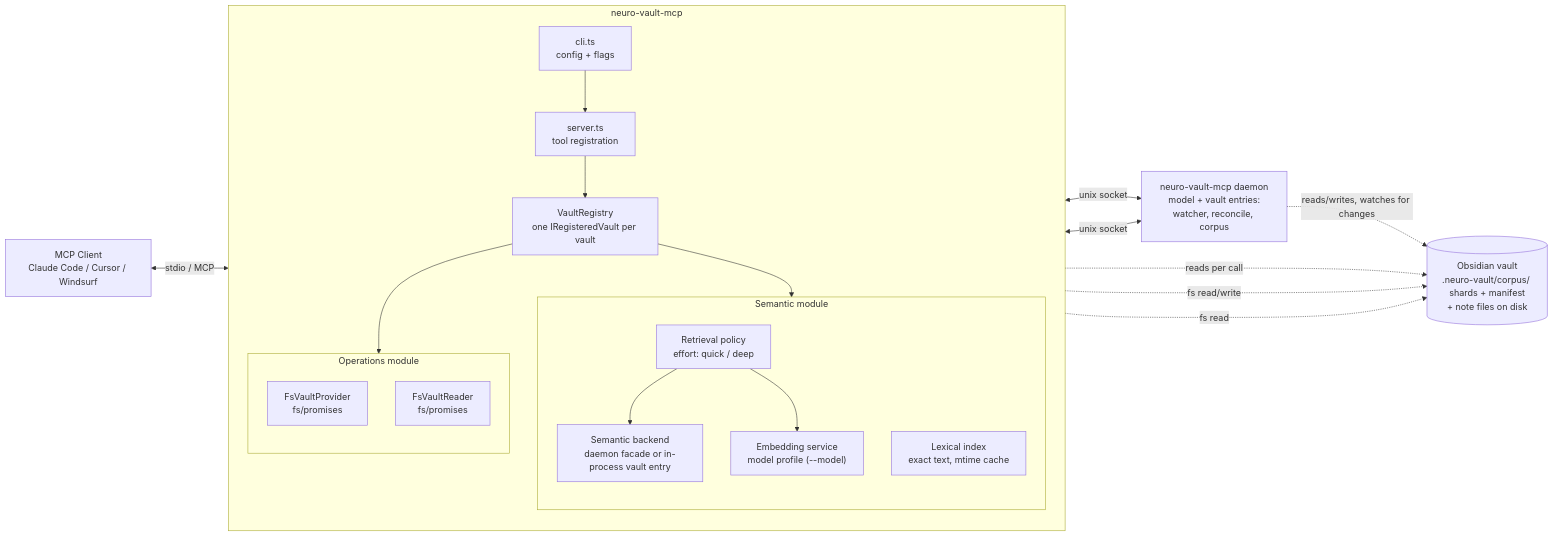
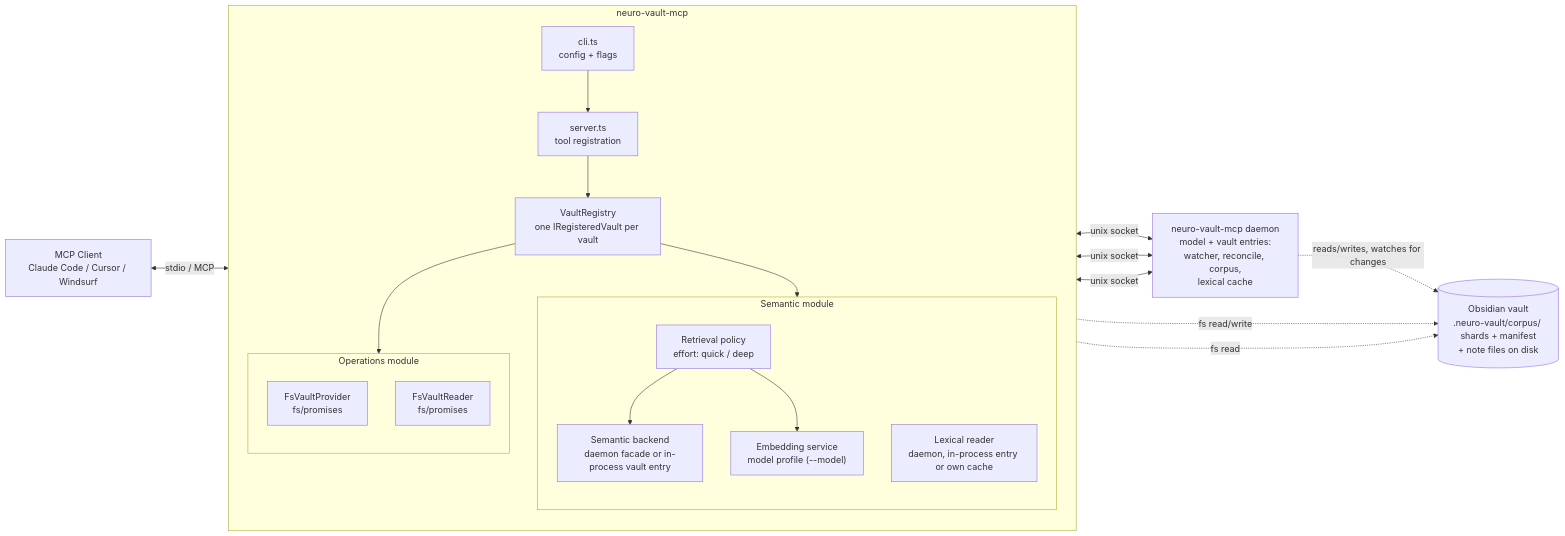
One commit to AlexMost/neuro-vault changed the diagram in docs/architecture/module-structure.md. Above: the diagram before and after it, drawn with Mermaid. The commit also changed other lines of this file and 14 other files, not shown here.

First line of the commit message:
docs: the lexical cache lives in the daemon's vault entry

````diff
--- a/docs/architecture/module-structure.md
+++ b/docs/architecture/module-structure.md
@@ -53,37 +53,37 @@
 ```mermaid
 flowchart LR
     Client[MCP Client<br/>Claude Code / Cursor / Windsurf]
     subgraph Server[neuro-vault-mcp]
         direction TB
         CLI[cli.ts<br/>config + flags]
         Core[server.ts<br/>tool registration]
         Registry[VaultRegistry<br/>one IRegisteredVault per vault]
         subgraph Semantic[Semantic module]
             direction TB
             Backend[Semantic backend<br/>daemon facade or in-process vault entry]
             Retrieval[Retrieval policy<br/>effort: quick / deep]
             Embed["Embedding service<br/>model profile (--model)"]
-            Lexical[Lexical index<br/>exact text, mtime cache]
+            Lexical[Lexical reader<br/>daemon, in-process entry or own cache]
         end
         subgraph Operations[Operations module]
             direction TB
             Provider[FsVaultProvider<br/>fs/promises]
             Reader[FsVaultReader<br/>fs/promises]
         end
         CLI --> Core
         Core --> Registry
         Registry --> Semantic
         Registry --> Operations
         Retrieval --> Embed
         Retrieval --> Backend
     end
-    Daemon[neuro-vault-mcp daemon<br/>model + vault entries:<br/>watcher, reconcile, corpus]
+    Daemon[neuro-vault-mcp daemon<br/>model + vault entries:<br/>watcher, reconcile, corpus,<br/>lexical cache]
     Vault[(Obsidian vault<br/>.neuro-vault/corpus/ shards + manifest<br/>+ note files on disk)]
     Client <-->|stdio / MCP| Core
     Backend <-->|unix socket| Daemon
     Embed <-->|unix socket| Daemon
     Daemon -. reads/writes, watches for changes .-> Vault
-    Lexical -. reads per call .-> Vault
+    Lexical <-->|unix socket| Daemon
     Provider -. fs read/write .-> Vault
     Reader -. fs read .-> Vault
 ```
````
